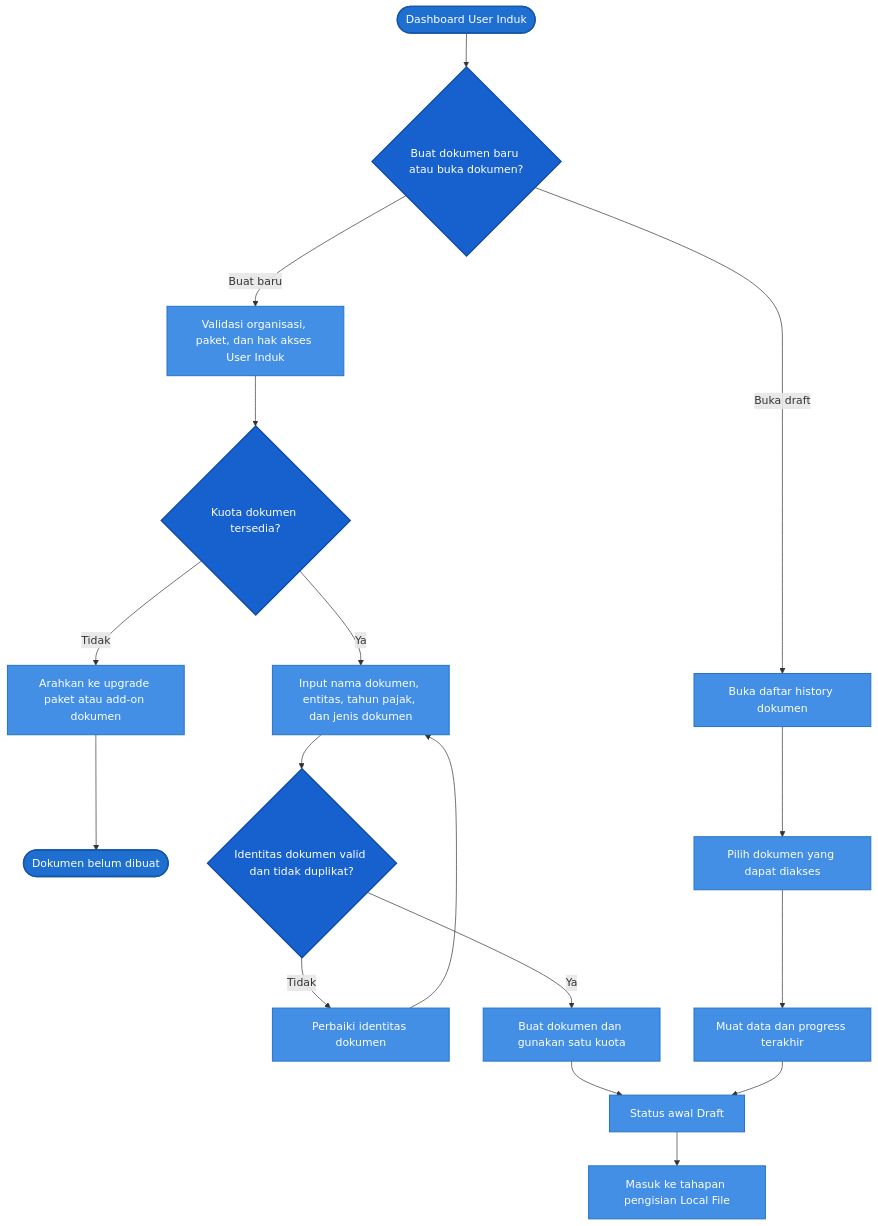
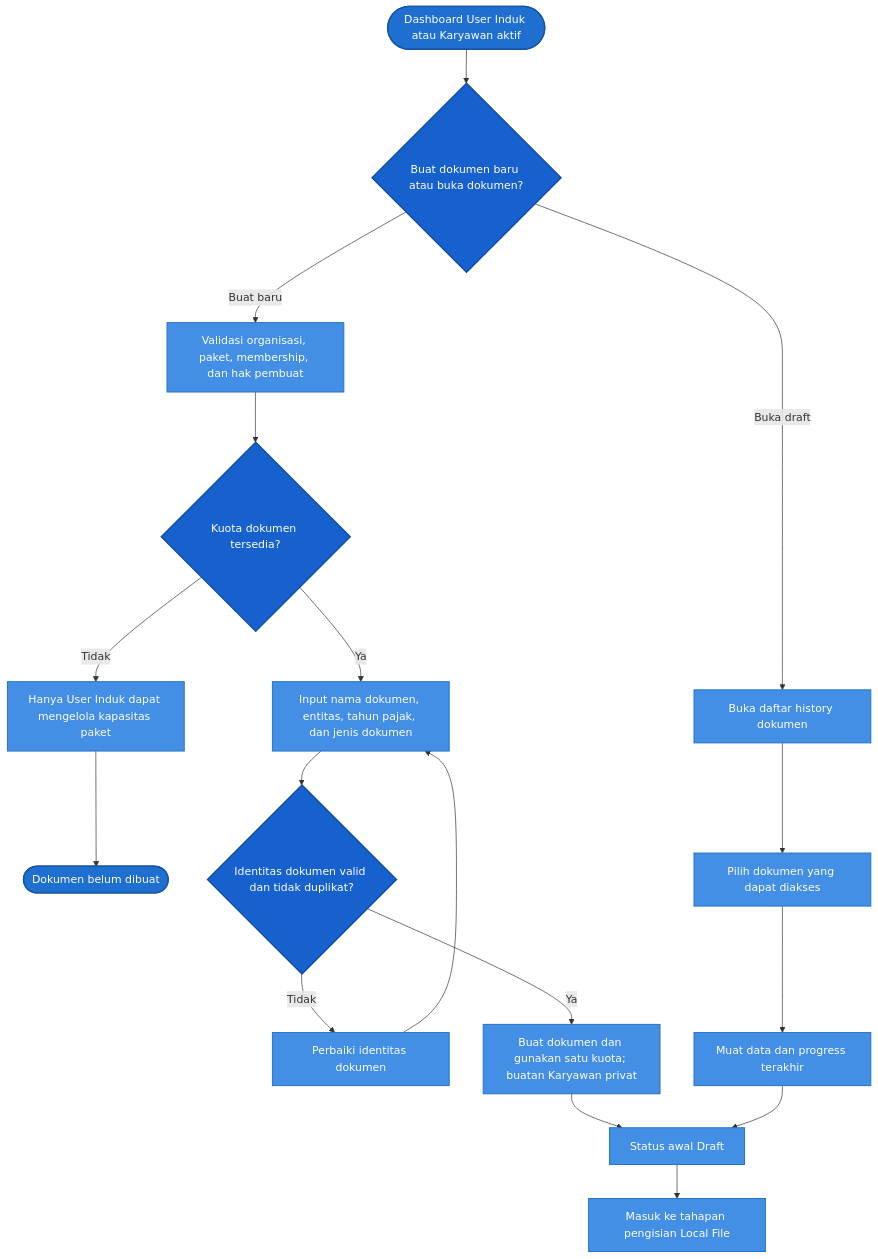
The first of 8 diagrams in 02-With-Consultant/03-Business-Flow/03-Local-File-Management.md (dayatmuc/tp-docs-documentation), drawn with Mermaid before and after one commit. The commit also changed other lines of this file and 35 other files, not shown here.

First line of the commit message:
feat(docs): selaraskan hak Karyawan mengelola Local File pada kedua varian

````diff
--- a/02-With-Consultant/03-Business-Flow/03-Local-File-Management.md
+++ b/02-With-Consultant/03-Business-Flow/03-Local-File-Management.md
@@ -19,29 +21,29 @@
 ```mermaid
 flowchart TD
-    LF_START([Dashboard User Induk]) --> LF_ACTION{"Buat dokumen baru atau buka dokumen?"}
+    LF_START([Dashboard User Induk atau Karyawan aktif]) --> LF_ACTION{"Buat dokumen baru atau buka dokumen?"}
 
-    LF_ACTION -- "Buat baru" --> LF_ACCESS[Validasi organisasi, paket, dan hak akses User Induk]
+    LF_ACTION -- "Buat baru" --> LF_ACCESS[Validasi organisasi, paket, membership, dan hak pembuat]
     LF_ACCESS --> LF_QUOTA{"Kuota dokumen tersedia?"}
-    LF_QUOTA -- "Tidak" --> LF_LIMIT[Arahkan ke upgrade paket atau add-on dokumen]
+    LF_QUOTA -- "Tidak" --> LF_LIMIT[Hanya User Induk dapat mengelola kapasitas paket]
     LF_LIMIT --> LF_END_LIMIT([Dokumen belum dibuat])
     LF_QUOTA -- "Ya" --> LF_IDENTITY[Input nama dokumen, entitas, tahun pajak, dan jenis dokumen]
     LF_IDENTITY --> LF_VALIDATE_ID{"Identitas dokumen valid dan tidak duplikat?"}
     LF_VALIDATE_ID -- "Tidak" --> LF_ID_ERROR[Perbaiki identitas dokumen]
     LF_ID_ERROR --> LF_IDENTITY
-    LF_VALIDATE_ID -- "Ya" --> LF_CREATE[Buat dokumen dan gunakan satu kuota]
+    LF_VALIDATE_ID -- "Ya" --> LF_CREATE[Buat dokumen dan gunakan satu kuota; buatan Karyawan privat]
     LF_CREATE --> LF_DRAFT[Status awal Draft]
 
     LF_ACTION -- "Buka draft" --> LF_HISTORY[Buka daftar history dokumen]
     LF_HISTORY --> LF_SELECT[Pilih dokumen yang dapat diakses]
     LF_SELECT --> LF_LOAD[Muat data dan progress terakhir]
     LF_LOAD --> LF_DRAFT
 
     LF_DRAFT --> LF_STEP[Masuk ke tahapan pengisian Local File]
 
     classDef terminal fill:#1f6fd1,color:#fff,stroke:#1556a8,stroke-width:2px;
     classDef process fill:#438fe6,color:#fff,stroke:#2875c7,stroke-width:1.5px;
     classDef decision fill:#1761cf,color:#fff,stroke:#104ba3,stroke-width:2px;
     class LF_START,LF_END_LIMIT terminal;
     class LF_ACCESS,LF_LIMIT,LF_IDENTITY,LF_ID_ERROR,LF_CREATE,LF_DRAFT,LF_HISTORY,LF_SELECT,LF_LOAD,LF_STEP process;
     class LF_ACTION,LF_QUOTA,LF_VALIDATE_ID decision;
 ```
````
